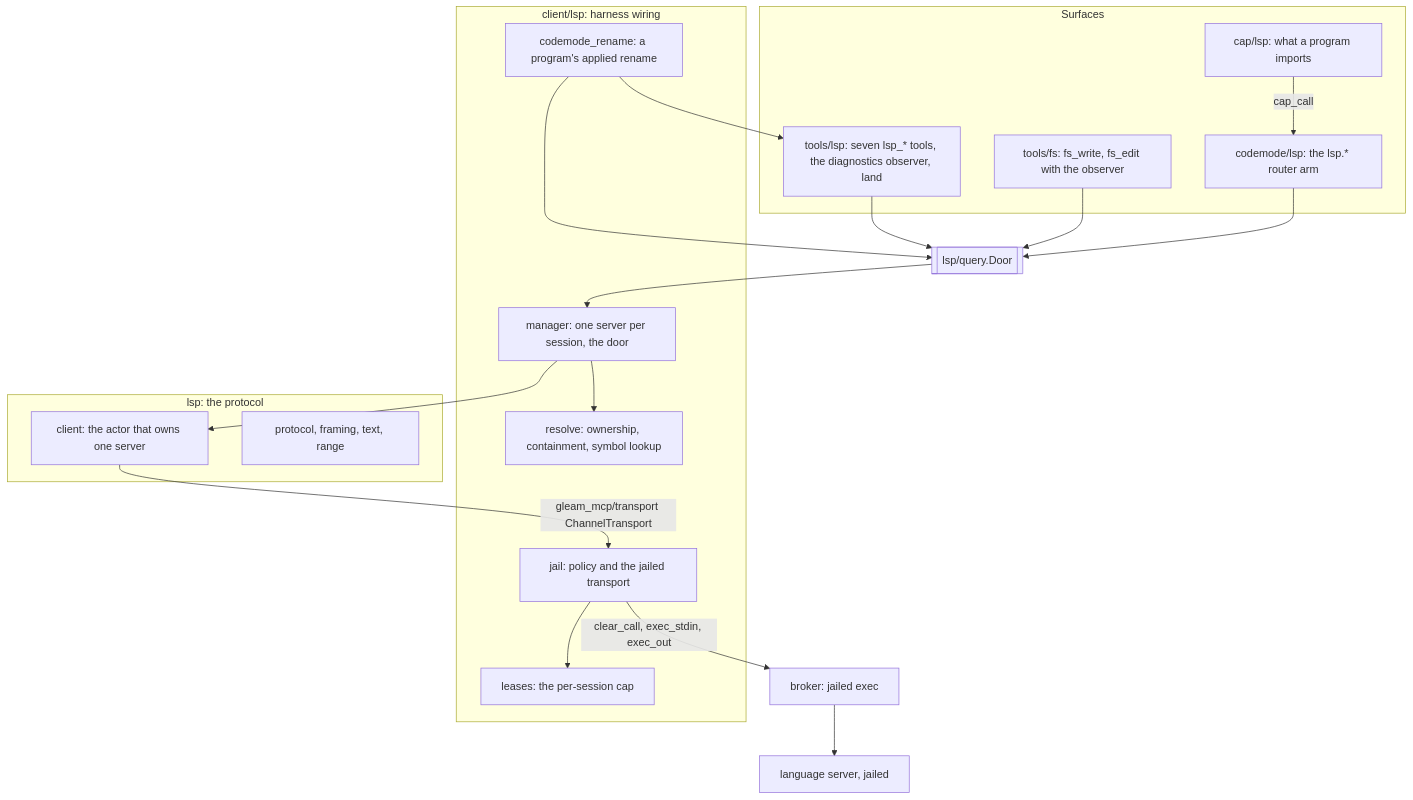
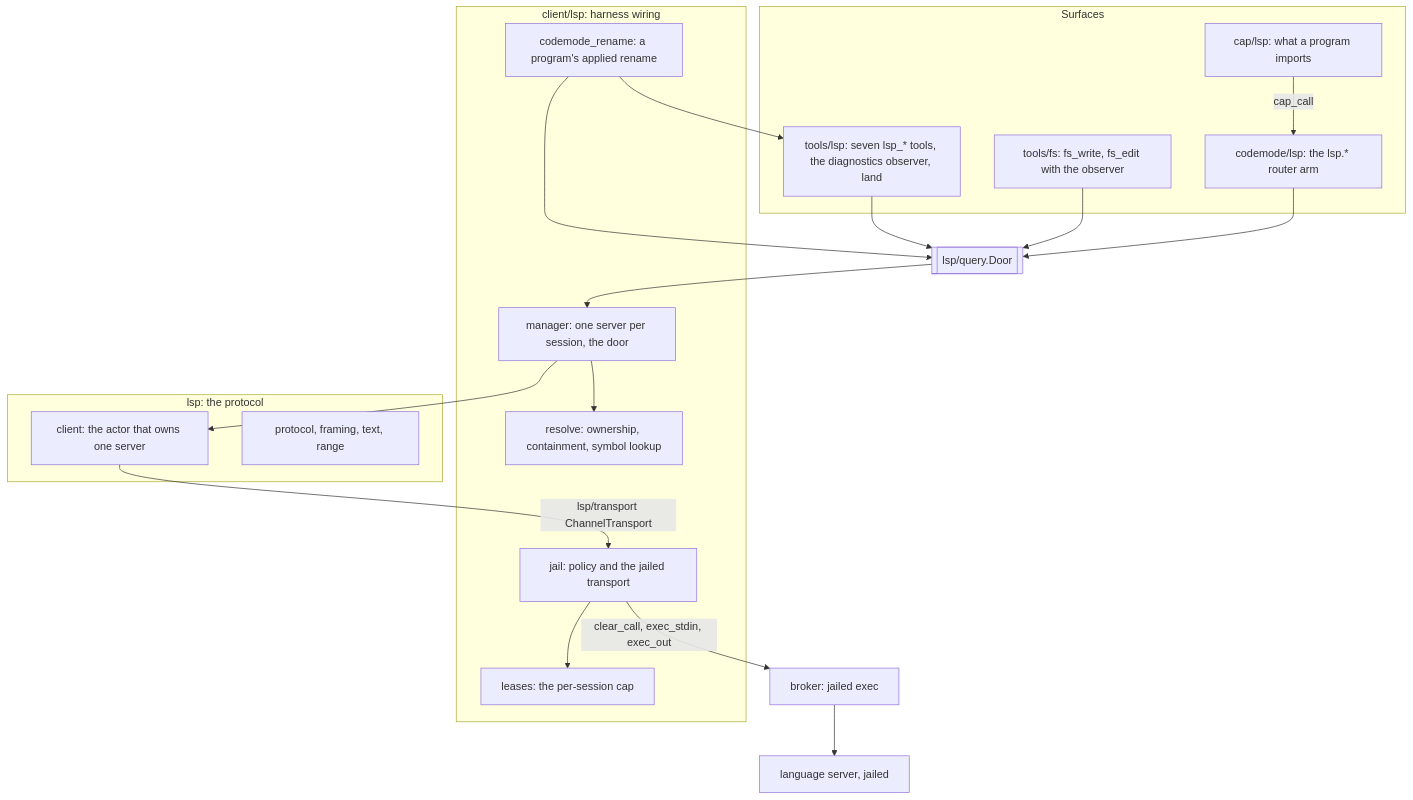
The diagram in docs/architecture/lsp.md (Roasbeef/loom), drawn with Mermaid before and after one commit. The commit also changed other lines of this file and 4 other files, not shown here.

````diff
--- a/docs/architecture/lsp.md
+++ b/docs/architecture/lsp.md
@@ -238,36 +243,36 @@
 ```mermaid
 flowchart TB
     subgraph Surfaces
       T[tools/lsp: seven lsp_* tools, the diagnostics observer, land]
       FS[tools/fs: fs_write, fs_edit with the observer]
       CM[codemode/lsp: the lsp.* router arm]
       CAP[cap/lsp: what a program imports]
     end
     D[[lsp/query.Door]]
     subgraph Wiring[client/lsp: harness wiring]
       M[manager: one server per session, the door]
       R[resolve: ownership, containment, symbol lookup]
       J[jail: policy and the jailed transport]
       L[leases: the per-session cap]
       CR[codemode_rename: a program's applied rename]
     end
     subgraph Protocol[lsp: the protocol]
       C[client: the actor that owns one server]
       P[protocol, framing, text, range]
     end
     B[broker: jailed exec]
     S[language server, jailed]
     CAP -->|cap_call| CM
     T --> D
     FS --> D
     CM --> D
     D --> M
     M --> R
     M --> C
     CR --> T
     CR --> D
-    C -->|gleam_mcp/transport ChannelTransport| J
+    C -->|lsp/transport ChannelTransport| J
     J --> L
     J -->|clear_call, exec_stdin, exec_out| B
     B --> S
 ```
````
